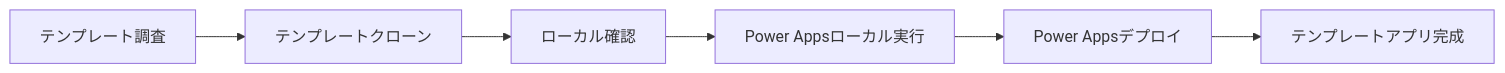
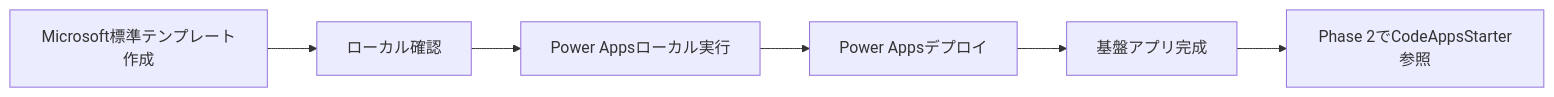
Before and after one commit to PLUG365/DecisionFlow: the third of 6 diagrams in README.md, drawn with Mermaid. The commit also changed other lines of this file, not shown here.

````diff
--- a/README.md
+++ b/README.md
@@ -209,8 +225,8 @@
 ```mermaid
 graph LR
-    A[テンプレート調査] --> B[テンプレートクローン]
-    B --> C[ローカル確認]
-    C --> D[Power Appsローカル実行]
-    D --> E[Power Appsデプロイ]
-    E --> F[テンプレートアプリ完成]
+    A[Microsoft標準テンプレート作成] --> B[ローカル確認]
+    B --> C[Power Appsローカル実行]
+    C --> D[Power Appsデプロイ]
+    D --> E[基盤アプリ完成]
+    E --> F[Phase 2でCodeAppsStarter参照]
 ```
````
